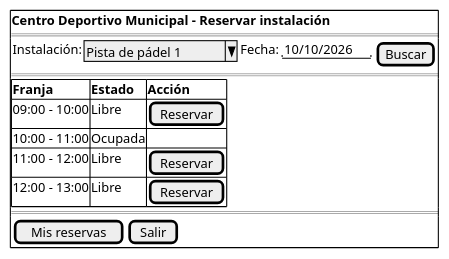
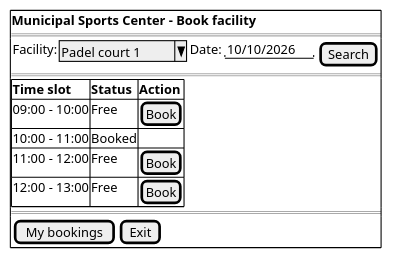
Before and after one commit to proteus-University-of-Seville/profile-madeja: the diagram in archetypes/en_us/projects/sample-sports-center/assets/pantalla-disponibilidad.puml, drawn with PlantUML. The commit also changed 16 other files, not shown here.

First line of the commit message:
Translate the diagrams of the English sample to English

```diff
--- a/archetypes/en_us/projects/sample-sports-center/assets/pantalla-disponibilidad.puml
+++ b/archetypes/en_us/projects/sample-sports-center/assets/pantalla-disponibilidad.puml
@@ -1,17 +1,17 @@
 @startsalt
 {+
-  <b>Centro Deportivo Municipal - Reservar instalación
+  <b>Municipal Sports Center - Book facility
   ==
-  { Instalación: | ^Pista de pádel 1^ | Fecha: | "10/10/2026" | [Buscar] }
+  { Facility: | ^Padel court 1^ | Date: | "10/10/2026" | [Search] }
   ==
   {#
-    <b>Franja | <b>Estado | <b>Acción
-    09:00 - 10:00 | Libre | [Reservar]
-    10:00 - 11:00 | Ocupada | .
-    11:00 - 12:00 | Libre | [Reservar]
-    12:00 - 13:00 | Libre | [Reservar]
+    <b>Time slot | <b>Status | <b>Action
+    09:00 - 10:00 | Free | [Book]
+    10:00 - 11:00 | Booked | .
+    11:00 - 12:00 | Free | [Book]
+    12:00 - 13:00 | Free | [Book]
   }
   ==
-  { [Mis reservas] | [Salir] }
+  { [My bookings] | [Exit] }
 }
 @endsalt
```
